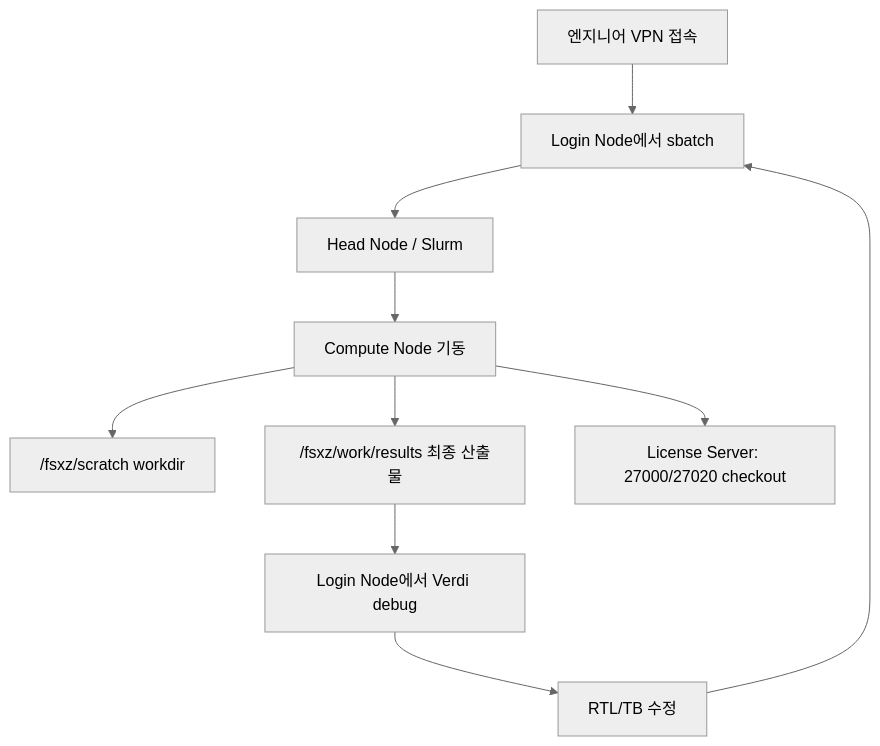
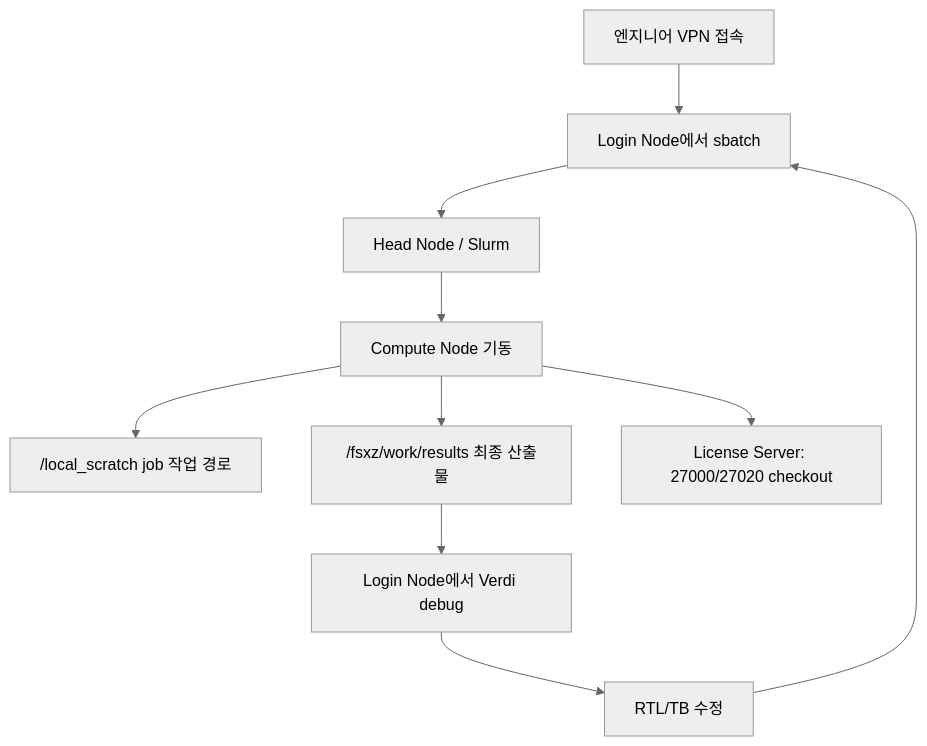
One commit to prorhap/eda-aws changed the second of 2 diagrams in architecture_guide.ko.md. Above: the diagram before and after it, drawn with Mermaid (neutral theme). The commit also changed other lines of this file and 17 other files, not shown here.

````diff
--- a/architecture_guide.ko.md
+++ b/architecture_guide.ko.md
@@ -476,12 +485,12 @@
 ```mermaid
 flowchart TD
     A["엔지니어 VPN 접속"] --> B["Login Node에서 sbatch"]
     B --> C["Head Node / Slurm"]
     C --> D["Compute Node 기동"]
-    D --> E["/fsxz/scratch workdir"]
+    D --> E["/local_scratch job 작업 경로"]
     D --> F["/fsxz/work/results 최종 산출물"]
     D --> L["License Server: 27000/27020 checkout"]
     F --> G["Login Node에서 Verdi debug"]
     G --> H["RTL/TB 수정"]
     H --> B
 ```
````
